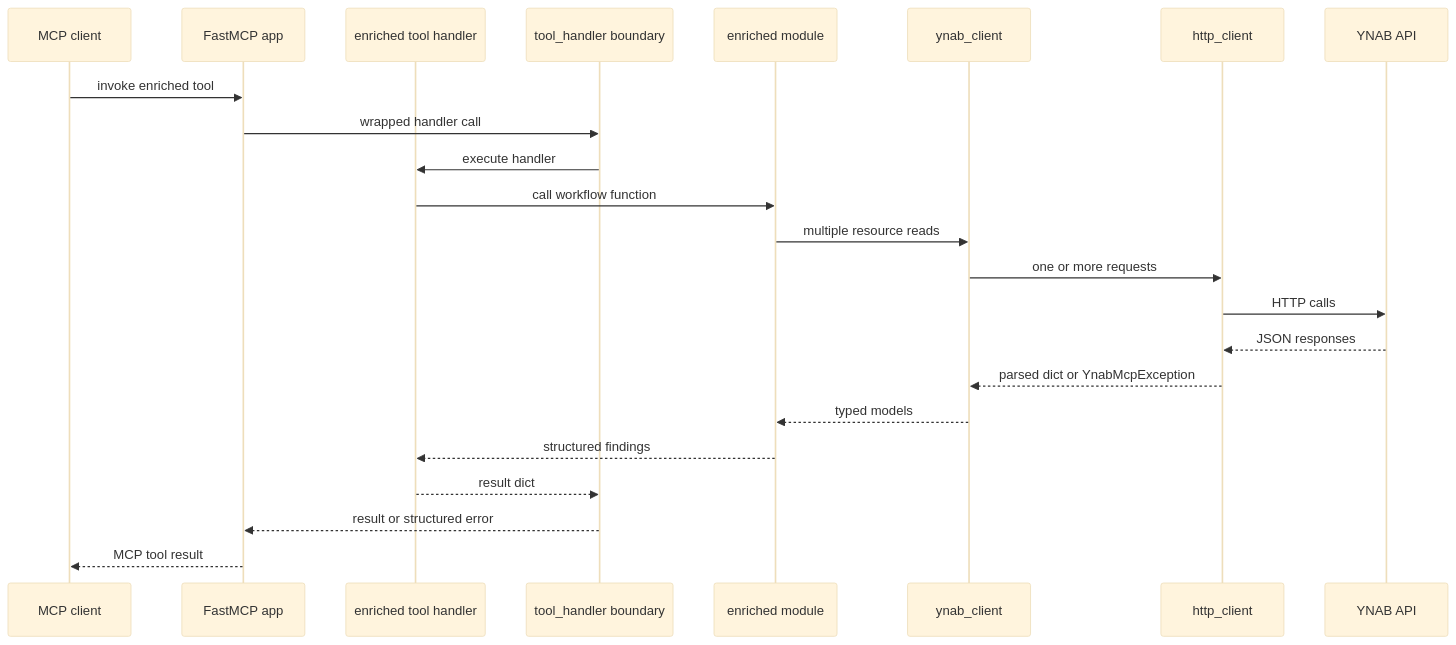
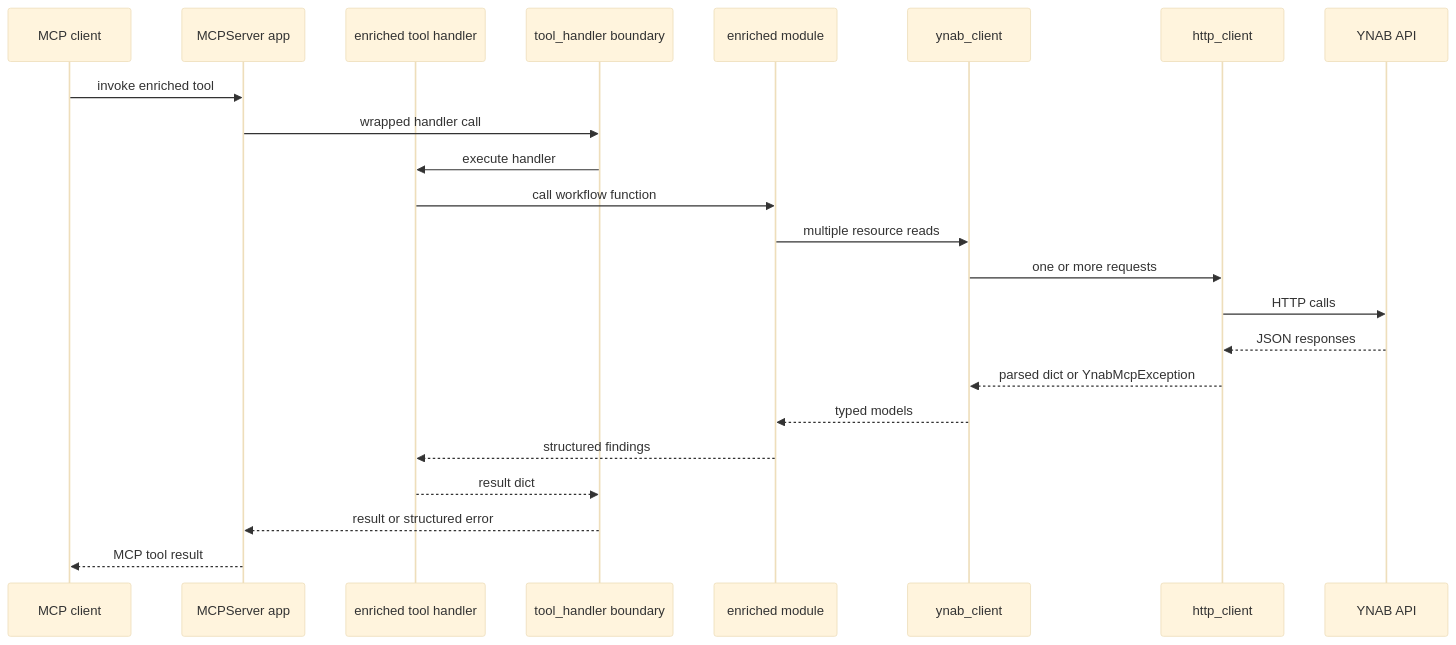
Before and after one commit to hs737/mcp-server-for-ynab: the third of 5 diagrams in docs/architecture.md, drawn with Mermaid (base theme). The commit also changed other lines of this file and 36 other files, not shown here.

````diff
--- a/docs/architecture.md
+++ b/docs/architecture.md
@@ -222,26 +222,26 @@
 ```mermaid
 sequenceDiagram
     participant Client as MCP client
-    participant App as FastMCP app
+    participant App as MCPServer app
     participant Tool as enriched tool handler
     participant Boundary as tool_handler boundary
     participant Enriched as enriched module
     participant YClient as ynab_client
     participant Http as http_client
     participant YNAB as YNAB API
 
     Client->>App: invoke enriched tool
     App->>Boundary: wrapped handler call
     Boundary->>Tool: execute handler
     Tool->>Enriched: call workflow function
     Enriched->>YClient: multiple resource reads
     YClient->>Http: one or more requests
     Http->>YNAB: HTTP calls
     YNAB-->>Http: JSON responses
     Http-->>YClient: parsed dict or YnabMcpException
     YClient-->>Enriched: typed models
     Enriched-->>Tool: structured findings
     Tool-->>Boundary: result dict
     Boundary-->>App: result or structured error
     App-->>Client: MCP tool result
 ```
````
